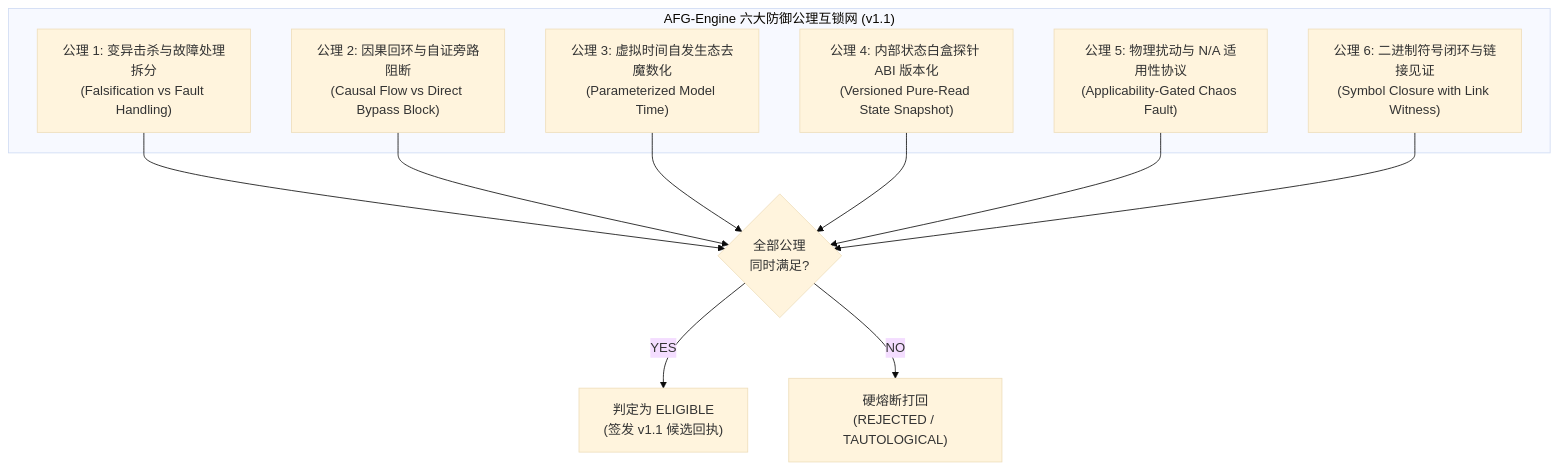
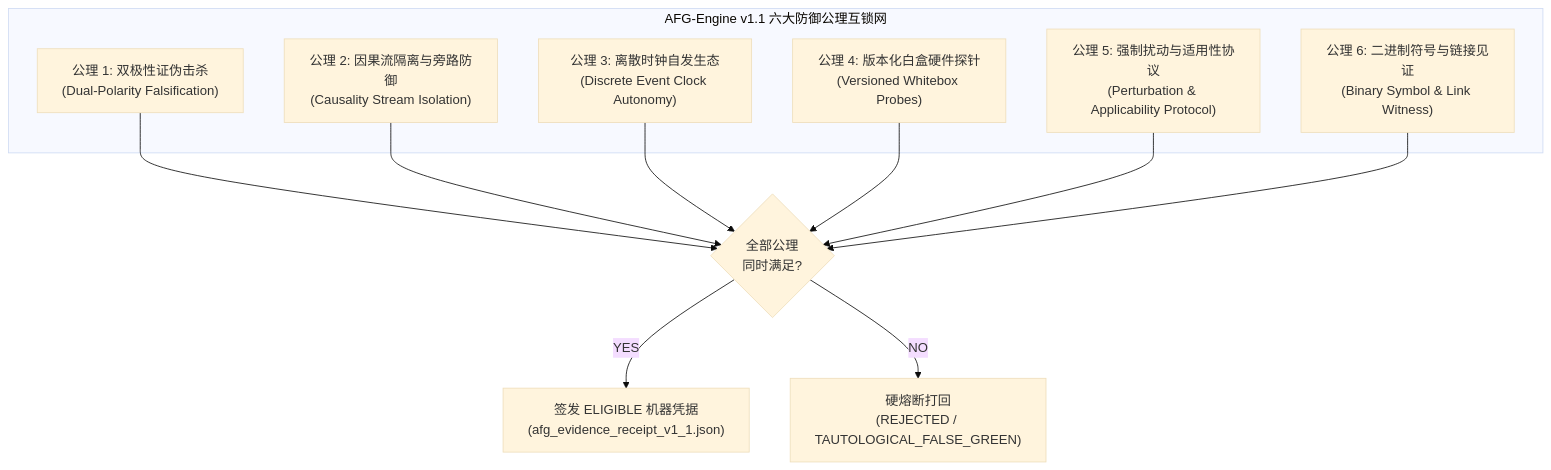
Before and after one commit to wink-cloud-hub/wink-ai-embedded: the first of 2 diagrams in docs/zh/tech-designs/esp32/esp-idf-anti-false-green-verification-engine-contract.md, drawn with Mermaid (base theme). The commit also changed other lines of this file and 125 other files, not shown here.

First line of the commit message:
refactor(esp_idf/governance): modularize architecture and natively integrate AFG v1.1 pipeline

````diff
--- a/docs/zh/tech-designs/esp32/esp-idf-anti-false-green-verification-engine-contract.md
+++ b/docs/zh/tech-designs/esp32/esp-idf-anti-false-green-verification-engine-contract.md
@@ -24,20 +25,20 @@
 ```mermaid
 graph TD
-    subgraph "AFG-Engine 六大防御公理互锁网 (v1.1)"
-        AX1["公理 1: 变异击杀与故障处理拆分<br/>(Falsification vs Fault Handling)"]
-        AX2["公理 2: 因果回环与自证旁路阻断<br/>(Causal Flow vs Direct Bypass Block)"]
-        AX3["公理 3: 虚拟时间自发生态去魔数化<br/>(Parameterized Model Time)"]
-        AX4["公理 4: 内部状态白盒探针 ABI 版本化<br/>(Versioned Pure-Read State Snapshot)"]
-        AX5["公理 5: 物理扰动与 N/A 适用性协议<br/>(Applicability-Gated Chaos Fault)"]
-        AX6["公理 6: 二进制符号闭环与链接见证<br/>(Symbol Closure with Link Witness)"]
+    subgraph "AFG-Engine v1.1 六大防御公理互锁网"
+        AX1["公理 1: 双极性证伪击杀<br/>(Dual-Polarity Falsification)"]
+        AX2["公理 2: 因果流隔离与旁路防御<br/>(Causality Stream Isolation)"]
+        AX3["公理 3: 离散时钟自发生态<br/>(Discrete Event Clock Autonomy)"]
+        AX4["公理 4: 版本化白盒硬件探针<br/>(Versioned Whitebox Probes)"]
+        AX5["公理 5: 强制扰动与适用性协议<br/>(Perturbation & Applicability Protocol)"]
+        AX6["公理 6: 二进制符号与链接见证<br/>(Binary Symbol & Link Witness)"]
     end
 
     AX1 --> DEC{"全部公理<br/>同时满足?"}
     AX2 --> DEC
     AX3 --> DEC
     AX4 --> DEC
     AX5 --> DEC
     AX6 --> DEC
-    DEC -->|YES| PASS["判定为 ELIGIBLE<br/>(签发 v1.1 候选回执)"]
-    DEC -->|NO| REJ["硬熔断打回<br/>(REJECTED / TAUTOLOGICAL)"]
+    DEC -->|YES| PASS["签发 ELIGIBLE 机器凭据<br/>(afg_evidence_receipt_v1_1.json)"]
+    DEC -->|NO| REJ["硬熔断打回<br/>(REJECTED / TAUTOLOGICAL_FALSE_GREEN)"]
 ```
````
